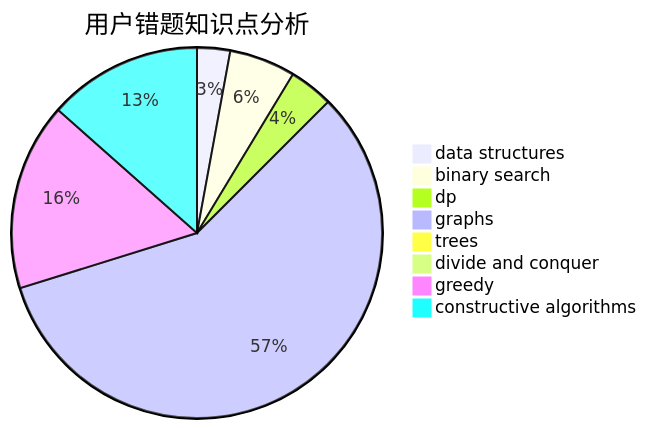
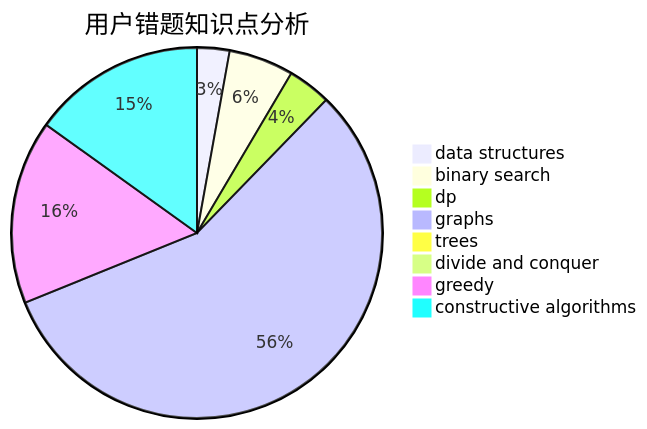
Before and after one commit to sherpahu/cfrs.github.io: the third of 3 diagrams in docs/user/u1894.md, drawn with Mermaid. The commit also changed other lines of this file and 2770 other files, not shown here.

````diff
--- a/docs/user/u1894.md
+++ b/docs/user/u1894.md
@@ -36,11 +36,11 @@
 ```mermaid
 pie title 用户错题知识点分析
     "data structures" :  3
     "binary search" :  6
     "dp" :  4
     "graphs" :  60
     "trees" :  1
     "divide and conquer" :  0
     "greedy" :  17
-    "constructive algorithms" :  14
+    "constructive algorithms" :  16
 ```
````
